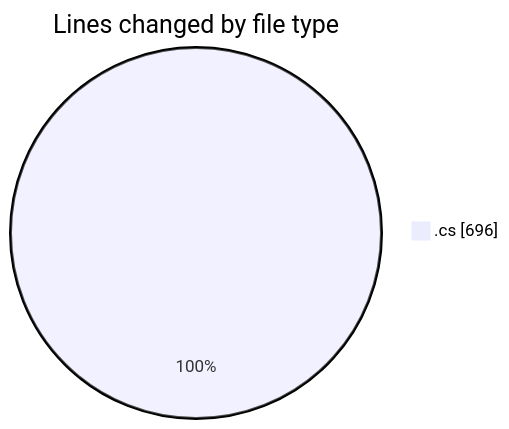
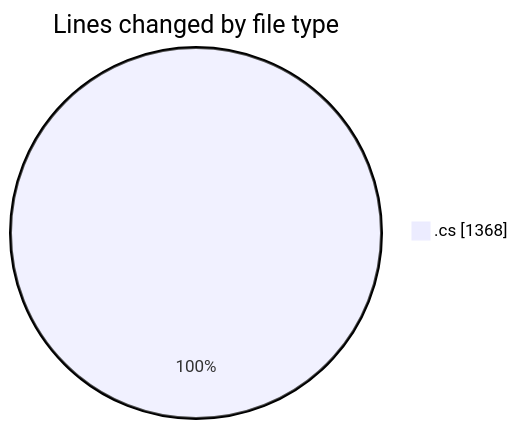
The first of 2 diagrams in 2025-02-09/koderunner/README.md (charlie-sans/code-tracking), drawn with Mermaid before and after one commit. The commit also changed other lines of this file and 1 other file, not shown here.

````diff
--- a/2025-02-09/koderunner/README.md
+++ b/2025-02-09/koderunner/README.md
@@ -20,5 +20,5 @@
 ```mermaid
 pie showData
 title Lines changed by file type
-".cs" : 696
+".cs" : 1368
 ```
````
